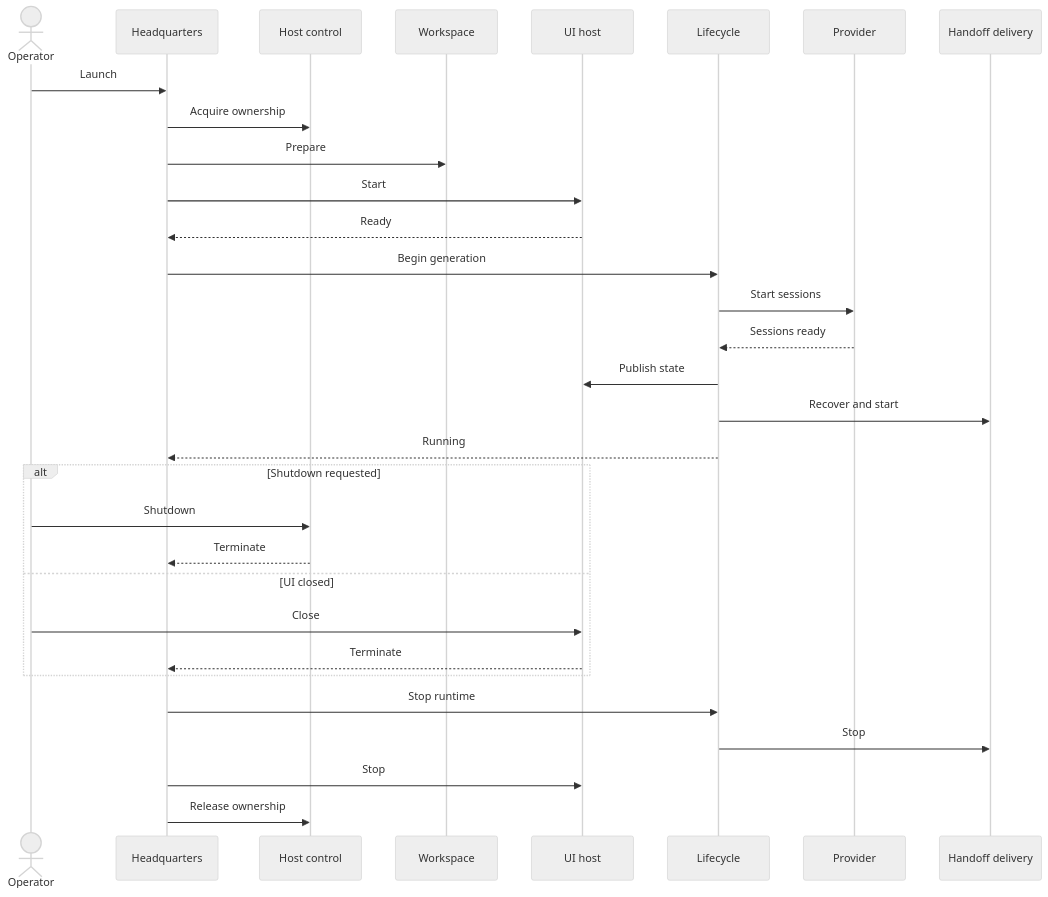
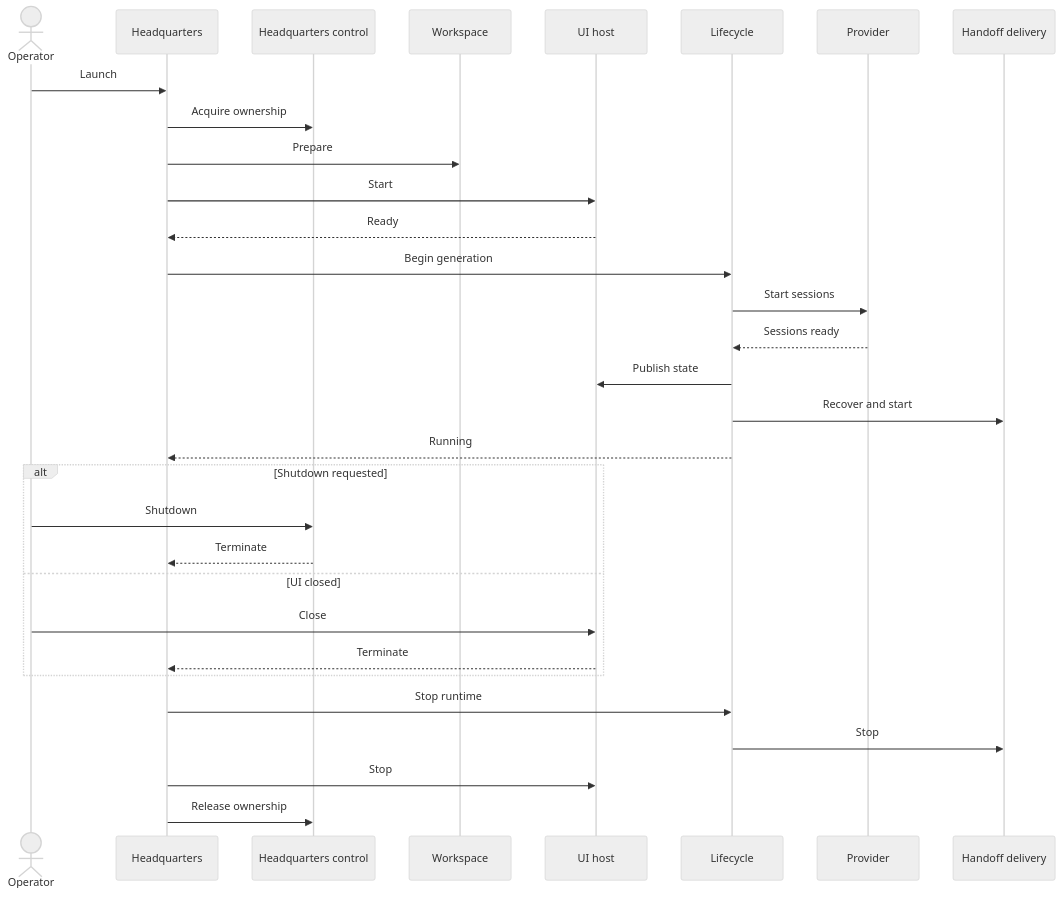
Before and after one commit to plainionist/BlaXquad: the fourth of 5 diagrams in docs/manual/architecture.md, drawn with Mermaid (neutral theme). The commit also changed other lines of this file and 37 other files, not shown here.

First line of the commit message:
Adopt Headquarters process-control terminology (Slice 4)

````diff
--- a/docs/manual/architecture.md
+++ b/docs/manual/architecture.md
@@ -201,35 +201,35 @@
 ```mermaid
 sequenceDiagram
   actor Operator
   participant HQ as Headquarters
-  participant Control as Host control
+  participant Control as Headquarters control
   participant Workspace
   participant UI as UI host
   participant Lifecycle
   participant Provider
   participant Delivery as Handoff delivery
 
   Operator->>HQ: Launch
   HQ->>Control: Acquire ownership
   HQ->>Workspace: Prepare
   HQ->>UI: Start
   UI-->>HQ: Ready
   HQ->>Lifecycle: Begin generation
   Lifecycle->>Provider: Start sessions
   Provider-->>Lifecycle: Sessions ready
   Lifecycle->>UI: Publish state
   Lifecycle->>Delivery: Recover and start
   Lifecycle-->>HQ: Running
 
   alt Shutdown requested
     Operator->>Control: Shutdown
     Control-->>HQ: Terminate
   else UI closed
     Operator->>UI: Close
     UI-->>HQ: Terminate
   end
   HQ->>Lifecycle: Stop runtime
   Lifecycle->>Delivery: Stop
   HQ->>UI: Stop
   HQ->>Control: Release ownership
 ```
````
